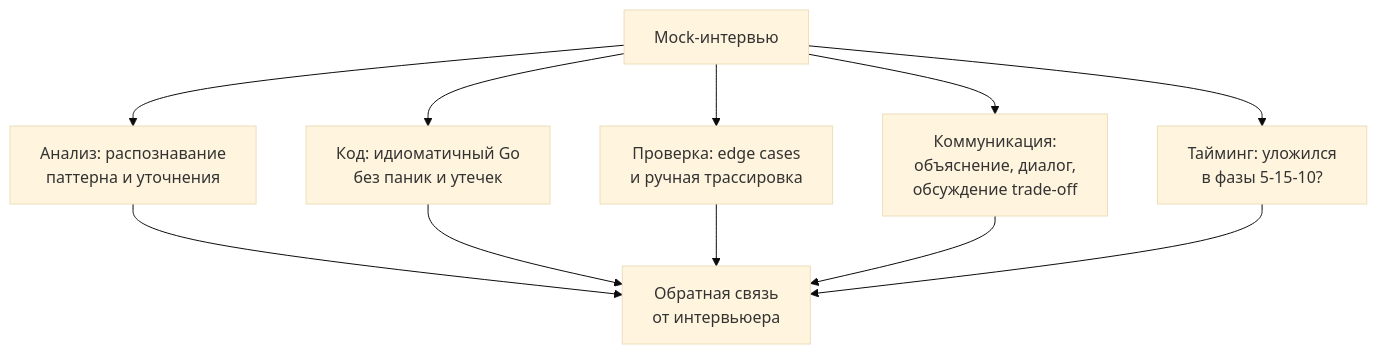
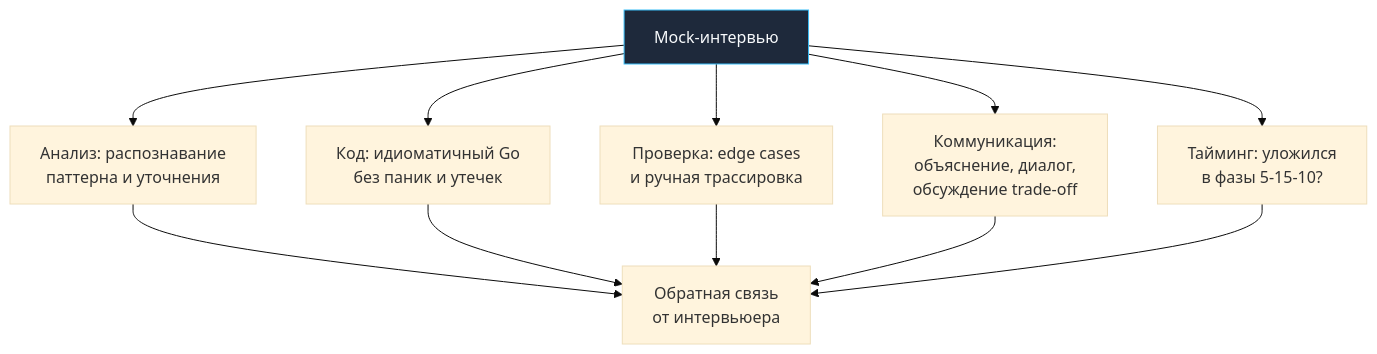
Before and after one commit to UnrealTemplier/go-textbook: the diagram in sources/21. Задачи с LeetCode и собеседований на Go/01. Теория/22. Mock интервью.md, drawn with Mermaid (base theme). The commit also changed 1666 other files, not shown here.

First line of the commit message:
feat(mermaid): add semantic color classDef to 1369 colorless flowchart/graph diagrams

````diff
--- a/sources/21. Задачи с LeetCode и собеседований на Go/01. Теория/22. Mock интервью.md
+++ b/sources/21. Задачи с LeetCode и собеседований на Go/01. Теория/22. Mock интервью.md
@@ -24,14 +24,24 @@
 ```mermaid
 flowchart TD
-    Mock["Mock-интервью"] --> Diag1["Анализ: распознавание<br>паттерна и уточнения"]
+    classDef process  fill:#1e293b,stroke:#38bdf8,stroke-width:1px,color:#f8fafc
+    classDef success  fill:#064e3b,stroke:#34d399,stroke-width:1px,color:#f8fafc
+    classDef error    fill:#7f1d1d,stroke:#f87171,stroke-width:1px,color:#f8fafc
+    classDef warning  fill:#78350f,stroke:#fbbf24,stroke-width:1px,color:#f8fafc
+    classDef entry    fill:#1e3a5f,stroke:#38bdf8,stroke-width:2px,color:#f8fafc
+    classDef aux      fill:#334155,stroke:#64748b,stroke-width:1px,color:#f8fafc
+    classDef system   fill:#312e81,stroke:#a78bfa,stroke-width:1px,color:#f8fafc
+    classDef data     fill:#132d29,stroke:#2dd4bf,stroke-width:1px,color:#f8fafc
+    classDef network  fill:#881337,stroke:#fb7185,stroke-width:1px,color:#f8fafc
+    classDef accent   fill:#1e1b4b,stroke:#818cf8,stroke-width:1px,color:#f8fafc
+    Mock["Mock-интервью"]:::process --> Diag1["Анализ: распознавание<br>паттерна и уточнения"]
     Mock --> Diag2["Код: идиоматичный Go<br>без паник и утечек"]
     Mock --> Diag3["Проверка: edge cases<br>и ручная трассировка"]
     Mock --> Diag4["Коммуникация:<br>объяснение, диалог,<br>обсуждение trade-off"]
     Mock --> Diag5["Тайминг: уложился<br>в фазы 5-15-10?"]
     
     Diag1 --> Feedback["Обратная связь<br>от интервьюера"]
     Diag2 --> Feedback
     Diag3 --> Feedback
     Diag4 --> Feedback
     Diag5 --> Feedback
 ```
````
